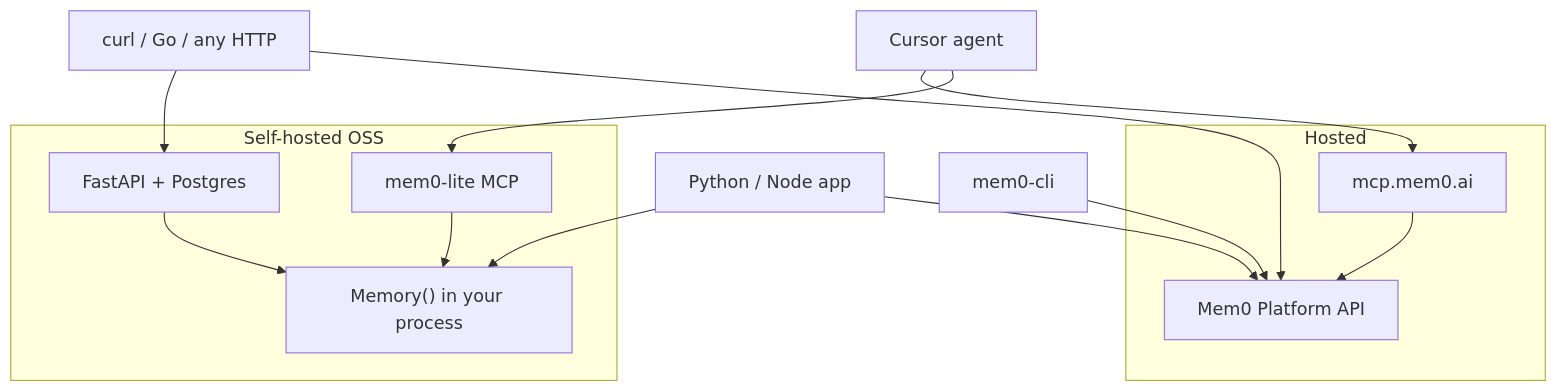
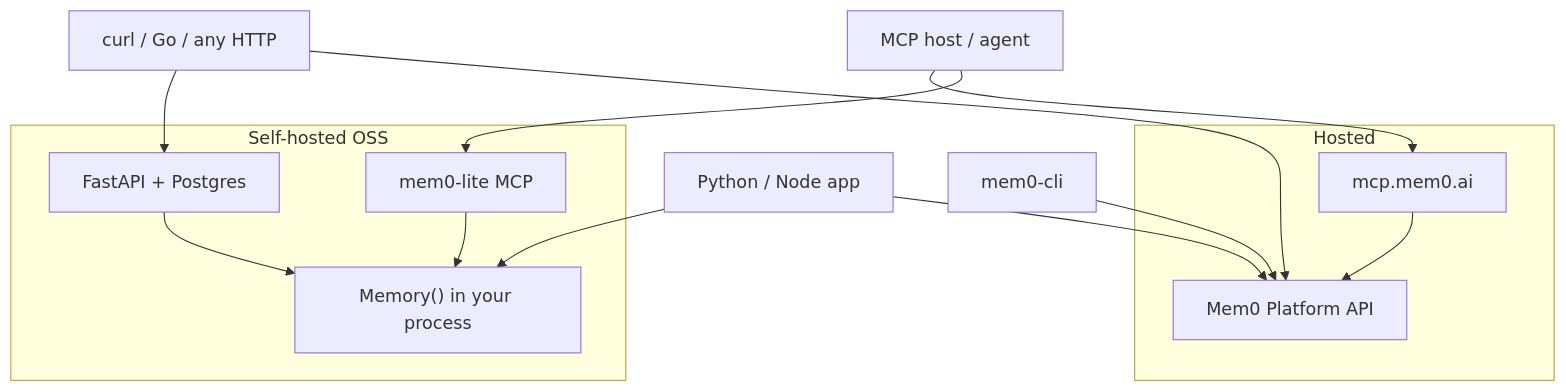
The first of 2 diagrams in docs/alternative-mem0-architectures.md (bdombro/mem0-lite), drawn with Mermaid before and after one commit. The commit also changed other lines of this file and 20 other files, not shown here.

````diff
--- a/docs/alternative-mem0-architectures.md
+++ b/docs/alternative-mem0-architectures.md
@@ -5,29 +5,29 @@
 ```mermaid
 flowchart TB
   subgraph hosted [Hosted]
     Plat[Mem0 Platform API]
     PlatMCP[mcp.mem0.ai]
   end
 
   subgraph oss [Self-hosted OSS]
     SDK["Memory() in your process"]
     REST[FastAPI + Postgres]
     Lite[mem0-lite MCP]
   end
 
   PySDK[Python / Node app]
   OfficialCLI[mem0-cli]
-  Cursor[Cursor agent]
+  MCPClient[MCP host / agent]
   OtherHTTP[curl / Go / any HTTP]
 
   PySDK --> SDK
   PySDK --> Plat
   OfficialCLI --> Plat
-  Cursor --> PlatMCP
-  Cursor --> Lite
+  MCPClient --> PlatMCP
+  MCPClient --> Lite
   OtherHTTP --> REST
   OtherHTTP --> Plat
   REST --> SDK
   Lite --> SDK
   PlatMCP --> Plat
 ```
````
